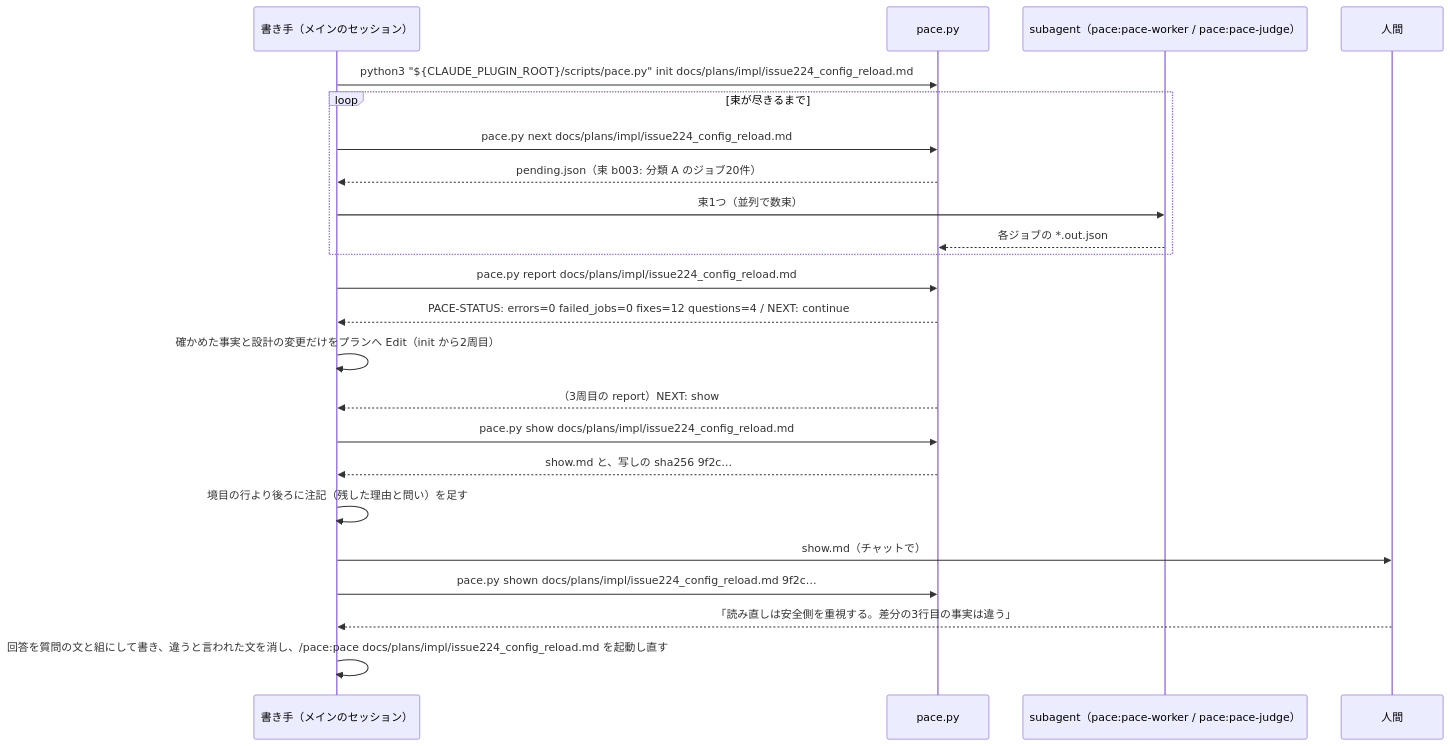
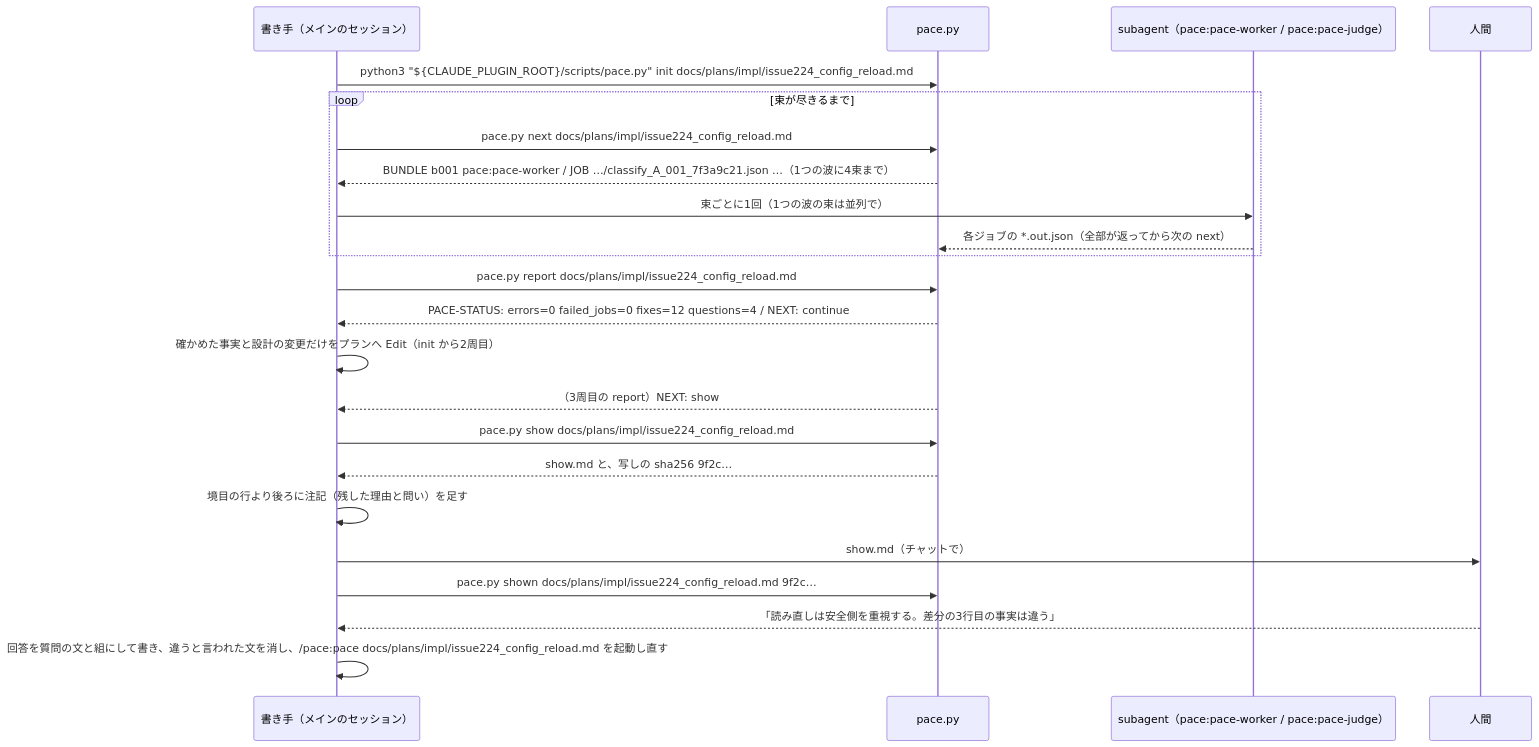
Before and after one commit to maimuzo/pace: the diagram in docs/plans/pace_design.md, drawn with Mermaid. The commit also changed other lines of this file and 6 other files, not shown here.

````diff
--- a/docs/plans/pace_design.md
+++ b/docs/plans/pace_design.md
@@ -75,25 +75,25 @@
 ```mermaid
 sequenceDiagram
     participant M as 書き手（メインのセッション）
     participant S as pace.py
     participant W as subagent（pace:pace-worker / pace:pace-judge）
     participant H as 人間
     M->>S: python3 "${CLAUDE_PLUGIN_ROOT}/scripts/pace.py" init docs/plans/impl/issue224_config_reload.md
     loop 束が尽きるまで
         M->>S: pace.py next docs/plans/impl/issue224_config_reload.md
-        S-->>M: pending.json（束 b003: 分類 A のジョブ20件）
-        M->>W: 束1つ（並列で数束）
-        W-->>S: 各ジョブの *.out.json
+        S-->>M: BUNDLE b001 pace:pace-worker / JOB …/classify_A_001_7f3a9c21.json …（1つの波に4束まで）
+        M->>W: 束ごとに1回（1つの波の束は並列で）
+        W-->>S: 各ジョブの *.out.json（全部が返ってから次の next）
     end
     M->>S: pace.py report docs/plans/impl/issue224_config_reload.md
     S-->>M: PACE-STATUS: errors=0 failed_jobs=0 fixes=12 questions=4 / NEXT: continue
     M->>M: 確かめた事実と設計の変更だけをプランへ Edit（init から2周目）
     S-->>M: （3周目の report）NEXT: show
     M->>S: pace.py show docs/plans/impl/issue224_config_reload.md
     S-->>M: show.md と、写しの sha256 9f2c…
     M->>M: 境目の行より後ろに注記（残した理由と問い）を足す
     M->>H: show.md（チャットで）
     M->>S: pace.py shown docs/plans/impl/issue224_config_reload.md 9f2c…
     H-->>M: 「読み直しは安全側を重視する。差分の3行目の事実は違う」
     M->>M: 回答を質問の文と組にして書き、違うと言われた文を消し、/pace:pace docs/plans/impl/issue224_config_reload.md を起動し直す
 ```
````
